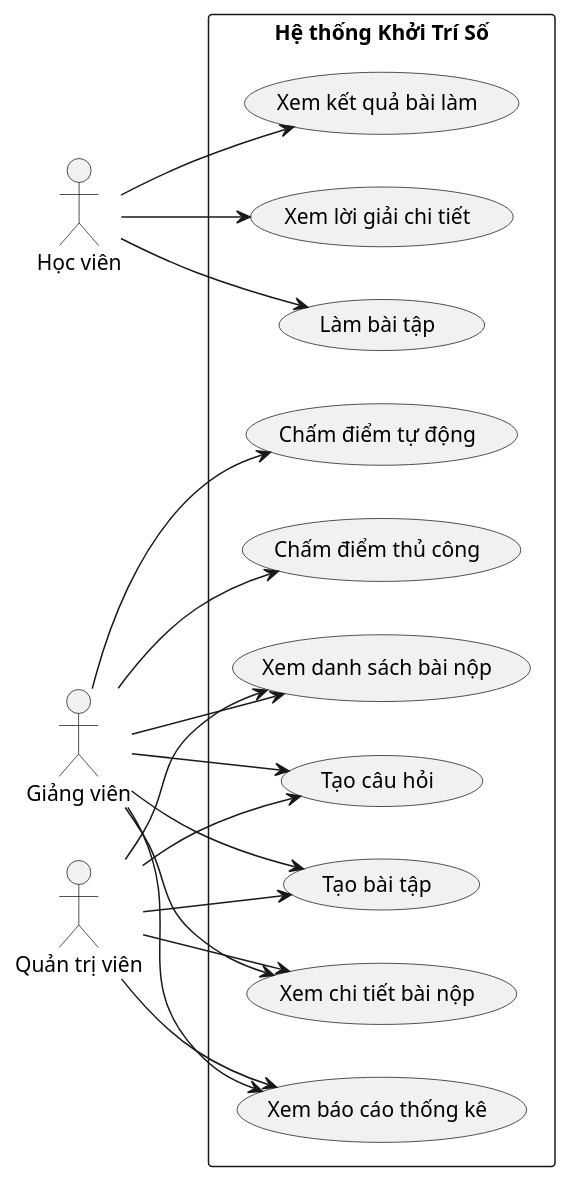
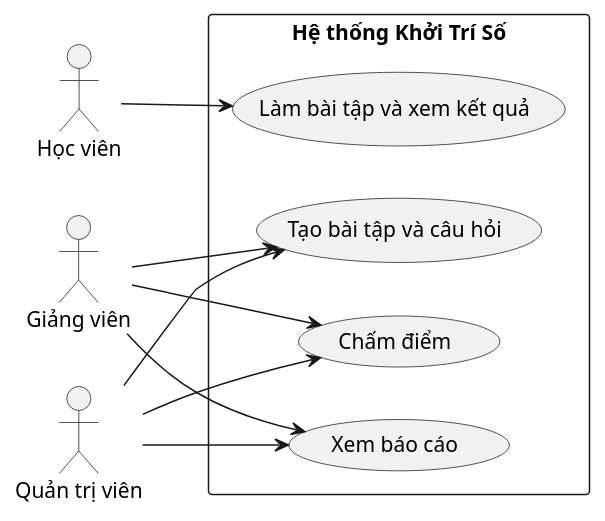
Before and after one commit to ngocnghia81/KhoiTriSo-PHP: the tenth of 18 diagrams in khoitriso-be/BIEU_DO_UML.md, drawn with PlantUML. The commit also changed other lines of this file and 23 other files, not shown here.

````diff
--- a/khoitriso-be/BIEU_DO_UML.md
+++ b/khoitriso-be/BIEU_DO_UML.md
@@ -419,40 +257,26 @@
 ```plantuml
 @startuml
 left to right direction
 actor "Học viên" as Student
 actor "Giảng viên" as Instructor
 actor "Quản trị viên" as Admin
 
 rectangle "Hệ thống Khởi Trí Số" {
-  usecase "Làm bài tập" as UC1
-  usecase "Xem kết quả bài làm" as UC2
-  usecase "Xem lời giải chi tiết" as UC3
-  usecase "Tạo câu hỏi" as UC4
-  usecase "Tạo bài tập" as UC5
-  usecase "Chấm điểm tự động" as UC6
-  usecase "Chấm điểm thủ công" as UC7
-  usecase "Xem danh sách bài nộp" as UC8
-  usecase "Xem chi tiết bài nộp" as UC9
-  usecase "Xem báo cáo thống kê" as UC10
+  usecase "Làm bài tập và xem kết quả" as UC1
+  usecase "Tạo bài tập và câu hỏi" as UC2
+  usecase "Chấm điểm" as UC3
+  usecase "Xem báo cáo" as UC4
 }
 
 Student --> UC1
-Student --> UC2
-Student --> UC3
 
+Instructor --> UC2
+Instructor --> UC3
 Instructor --> UC4
-Instructor --> UC5
-Instructor --> UC6
-Instructor --> UC7
-Instructor --> UC8
-Instructor --> UC9
-Instructor --> UC10
 
+Admin --> UC2
+Admin --> UC3
 Admin --> UC4
-Admin --> UC5
-Admin --> UC8
-Admin --> UC9
-Admin --> UC10
 
 @enduml
 ```
````
